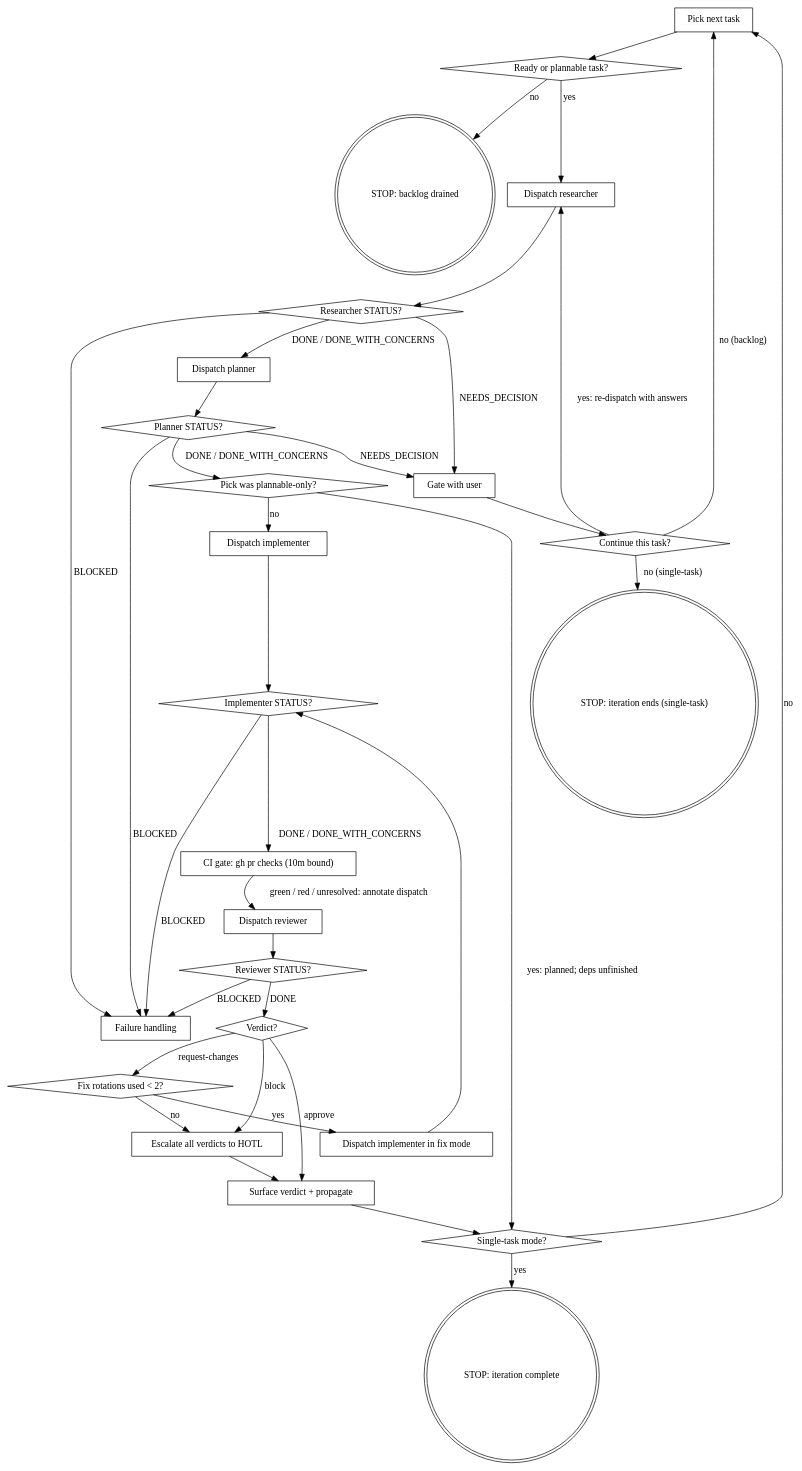
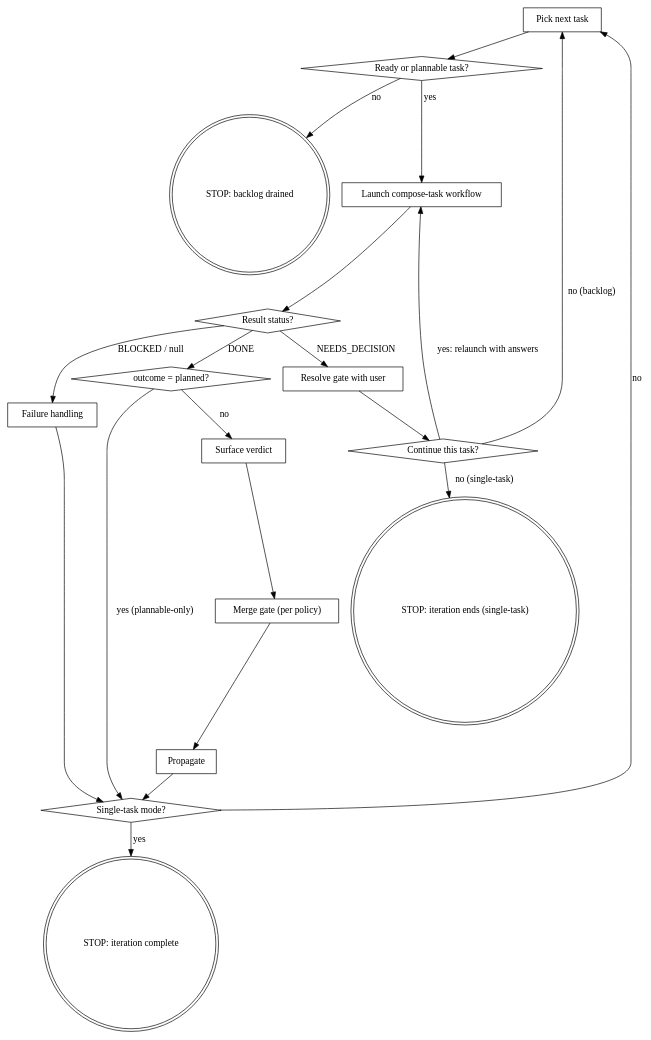
The diagram in plugins/claude-code/skills/composer/SKILL.md (FrkAk/piyaz), drawn with Graphviz before and after one commit. The commit also changed other lines of this file and 7 other files, not shown here.

Commit message:
feat: restructure composer onto per-task workflow with merge gate

````diff
--- a/plugins/claude-code/skills/composer/SKILL.md
+++ b/plugins/claude-code/skills/composer/SKILL.md
@@ -86,63 +95,39 @@
 ```dot
 digraph composer_iteration {
     "Pick next task" [shape=box];
     "Ready or plannable task?" [shape=diamond];
     "STOP: backlog drained" [shape=doublecircle];
-    "Dispatch researcher" [shape=box];
-    "Researcher STATUS?" [shape=diamond];
-    "Gate with user" [shape=box];
+    "Launch compose-task workflow" [shape=box];
+    "Result status?" [shape=diamond];
+    "Resolve gate with user" [shape=box];
     "Continue this task?" [shape=diamond];
     "STOP: iteration ends (single-task)" [shape=doublecircle];
-    "Dispatch planner" [shape=box];
-    "Planner STATUS?" [shape=diamond];
-    "Pick was plannable-only?" [shape=diamond];
-    "Dispatch implementer" [shape=box];
-    "Implementer STATUS?" [shape=diamond];
-    "Dispatch reviewer" [shape=box];
-    "Reviewer STATUS?" [shape=diamond];
-    "Verdict?" [shape=diamond];
-    "Fix rotations used < 2?" [shape=diamond];
-    "Dispatch implementer in fix mode" [shape=box];
-    "CI gate: gh pr checks (10m bound)" [shape=box];
-    "Escalate all verdicts to HOTL" [shape=box];
-    "Surface verdict + propagate" [shape=box];
     "Failure handling" [shape=box];
+    "outcome = planned?" [shape=diamond];
+    "Surface verdict" [shape=box];
+    "Merge gate (per policy)" [shape=box];
+    "Propagate" [shape=box];
     "Single-task mode?" [shape=diamond];
     "STOP: iteration complete" [shape=doublecircle];
 
     "Pick next task" -> "Ready or plannable task?";
     "Ready or plannable task?" -> "STOP: backlog drained" [label="no"];
-    "Ready or plannable task?" -> "Dispatch researcher" [label="yes"];
-    "Dispatch researcher" -> "Researcher STATUS?";
-    "Researcher STATUS?" -> "Dispatch planner" [label="DONE / DONE_WITH_CONCERNS"];
-    "Researcher STATUS?" -> "Gate with user" [label="NEEDS_DECISION"];
-    "Researcher STATUS?" -> "Failure handling" [label="BLOCKED"];
-    "Gate with user" -> "Continue this task?";
-    "Continue this task?" -> "Dispatch researcher" [label="yes: re-dispatch with answers"];
+    "Ready or plannable task?" -> "Launch compose-task workflow" [label="yes"];
+    "Launch compose-task workflow" -> "Result status?";
+    "Result status?" -> "outcome = planned?" [label="DONE"];
+    "Result status?" -> "Resolve gate with user" [label="NEEDS_DECISION"];
+    "Result status?" -> "Failure handling" [label="BLOCKED / null"];
+    "Resolve gate with user" -> "Continue this task?";
+    "Continue this task?" -> "Launch compose-task workflow" [label="yes: relaunch with answers"];
     "Continue this task?" -> "Pick next task" [label="no (backlog)"];
     "Continue this task?" -> "STOP: iteration ends (single-task)" [label="no (single-task)"];
-    "Dispatch planner" -> "Planner STATUS?";
-    "Planner STATUS?" -> "Pick was plannable-only?" [label="DONE / DONE_WITH_CONCERNS"];
-    "Pick was plannable-only?" -> "Dispatch implementer" [label="no"];
-    "Pick was plannable-only?" -> "Single-task mode?" [label="yes: planned; deps unfinished"];
-    "Planner STATUS?" -> "Gate with user" [label="NEEDS_DECISION"];
-    "Planner STATUS?" -> "Failure handling" [label="BLOCKED"];
-    "Dispatch implementer" -> "Implementer STATUS?";
-    "Implementer STATUS?" -> "CI gate: gh pr checks (10m bound)" [label="DONE / DONE_WITH_CONCERNS"];
-    "CI gate: gh pr checks (10m bound)" -> "Dispatch reviewer" [label="green / red / unresolved: annotate dispatch"];
-    "Implementer STATUS?" -> "Failure handling" [label="BLOCKED"];
-    "Dispatch reviewer" -> "Reviewer STATUS?";
-    "Reviewer STATUS?" -> "Verdict?" [label="DONE"];
-    "Reviewer STATUS?" -> "Failure handling" [label="BLOCKED"];
-    "Verdict?" -> "Surface verdict + propagate" [label="approve"];
-    "Verdict?" -> "Fix rotations used < 2?" [label="request-changes"];
-    "Verdict?" -> "Escalate all verdicts to HOTL" [label="block"];
-    "Fix rotations used < 2?" -> "Dispatch implementer in fix mode" [label="yes"];
-    "Fix rotations used < 2?" -> "Escalate all verdicts to HOTL" [label="no"];
-    "Dispatch implementer in fix mode" -> "Implementer STATUS?";
-    "Escalate all verdicts to HOTL" -> "Surface verdict + propagate";
-    "Surface verdict + propagate" -> "Single-task mode?";
+    "outcome = planned?" -> "Single-task mode?" [label="yes (plannable-only)"];
+    "outcome = planned?" -> "Surface verdict" [label="no"];
+    "Surface verdict" -> "Merge gate (per policy)";
+    "Merge gate (per policy)" -> "Propagate";
+    "Propagate" -> "Single-task mode?";
     "Single-task mode?" -> "STOP: iteration complete" [label="yes"];
     "Single-task mode?" -> "Pick next task" [label="no"];
+    "Failure handling" -> "Single-task mode?";
 }
 ```
````
